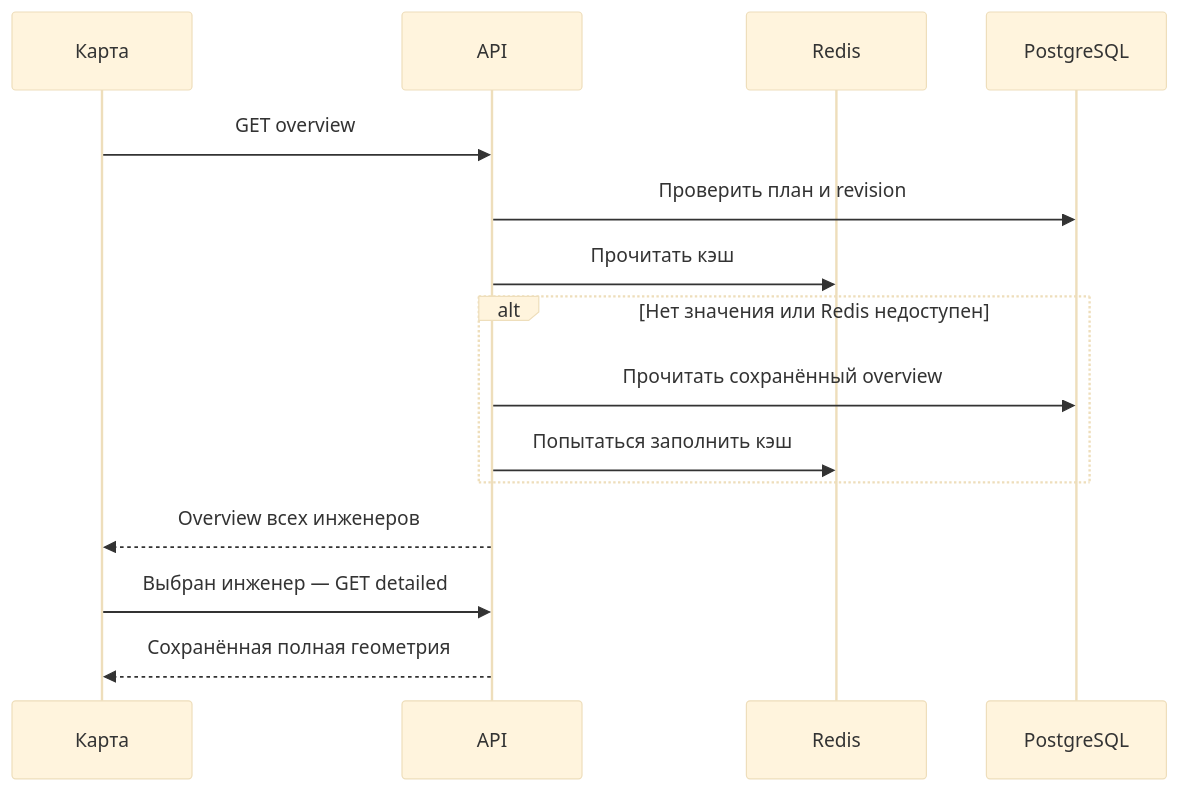
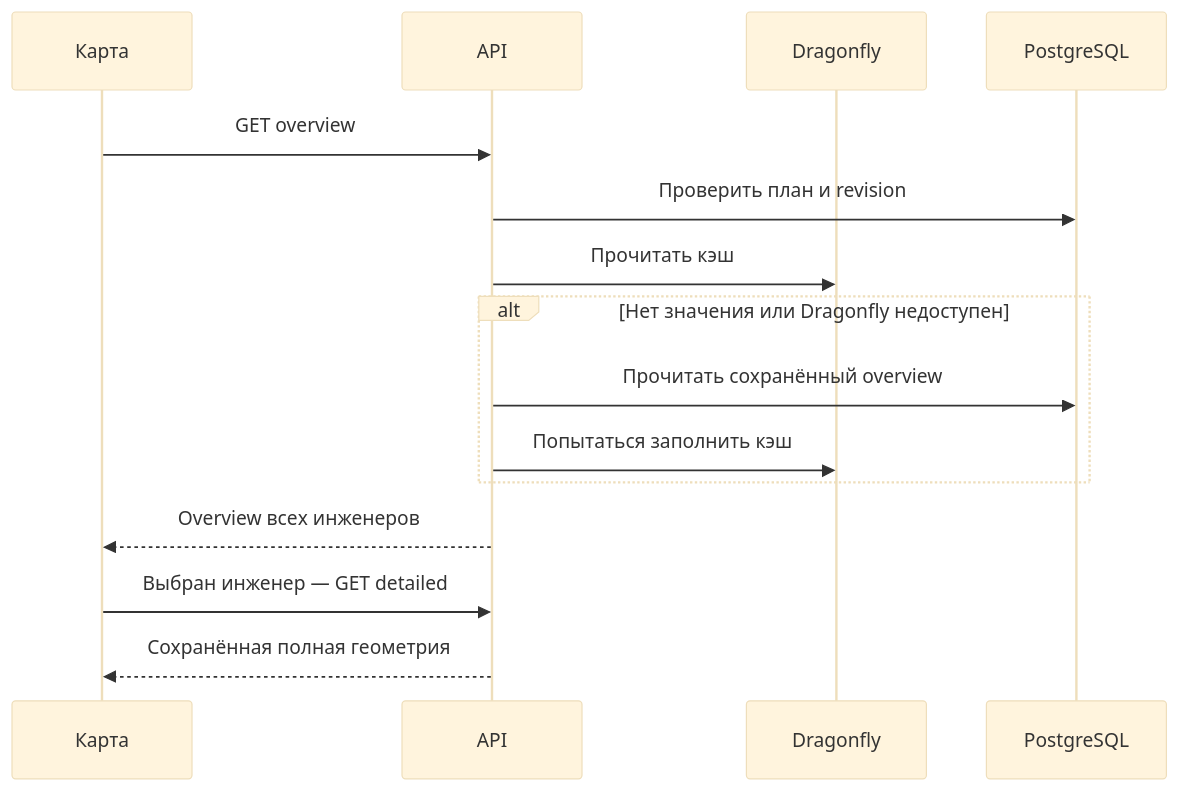
Before and after one commit to beeline-business-route-planner/project: the second of 2 diagrams in backend/docs/ROUTING.md, drawn with Mermaid (base theme). The commit also changed other lines of this file and 11 other files, not shown here.

````diff
--- a/backend/docs/ROUTING.md
+++ b/backend/docs/ROUTING.md
@@ -64,17 +64,17 @@
 ```mermaid
 sequenceDiagram
     participant UI as Карта
     participant API
-    participant Redis
+    participant Dragonfly
     participant PG as PostgreSQL
     UI->>API: GET overview
     API->>PG: Проверить план и revision
-    API->>Redis: Прочитать кэш
-    alt Нет значения или Redis недоступен
+    API->>Dragonfly: Прочитать кэш
+    alt Нет значения или Dragonfly недоступен
         API->>PG: Прочитать сохранённый overview
-        API->>Redis: Попытаться заполнить кэш
+        API->>Dragonfly: Попытаться заполнить кэш
     end
     API-->>UI: Overview всех инженеров
     UI->>API: Выбран инженер — GET detailed
     API-->>UI: Сохранённая полная геометрия
 ```
````
